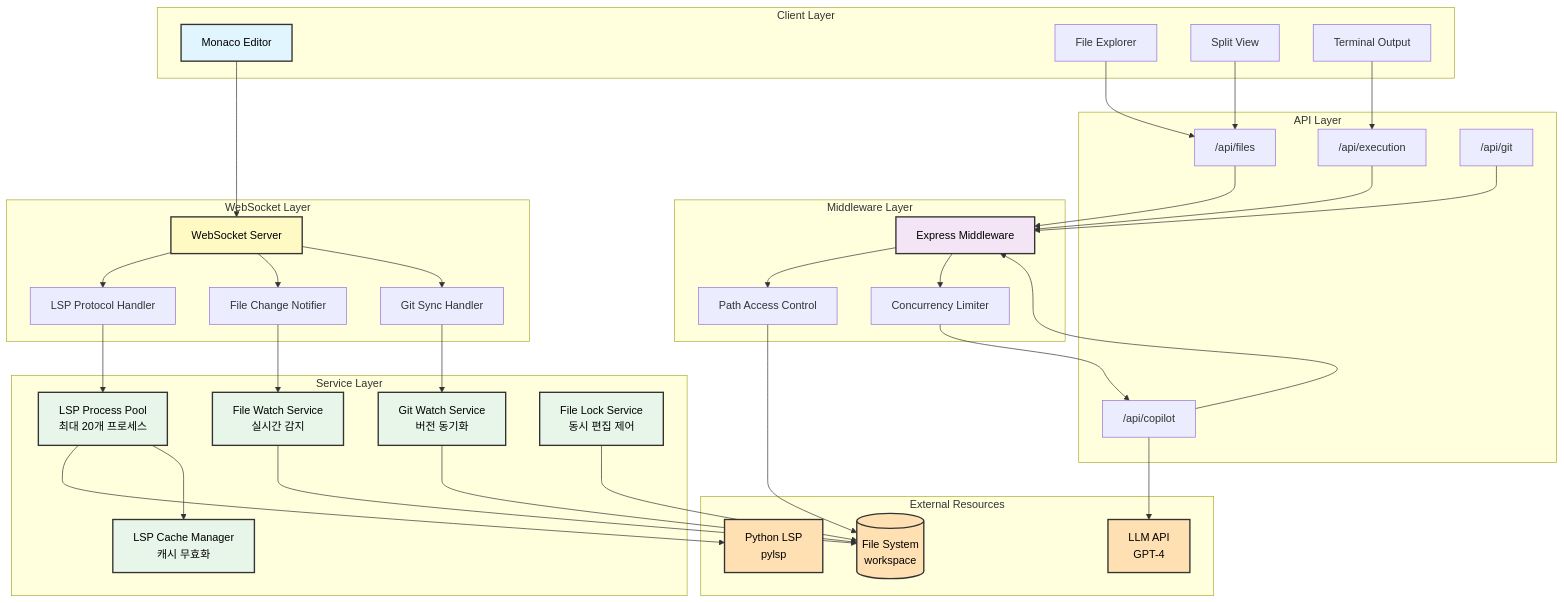
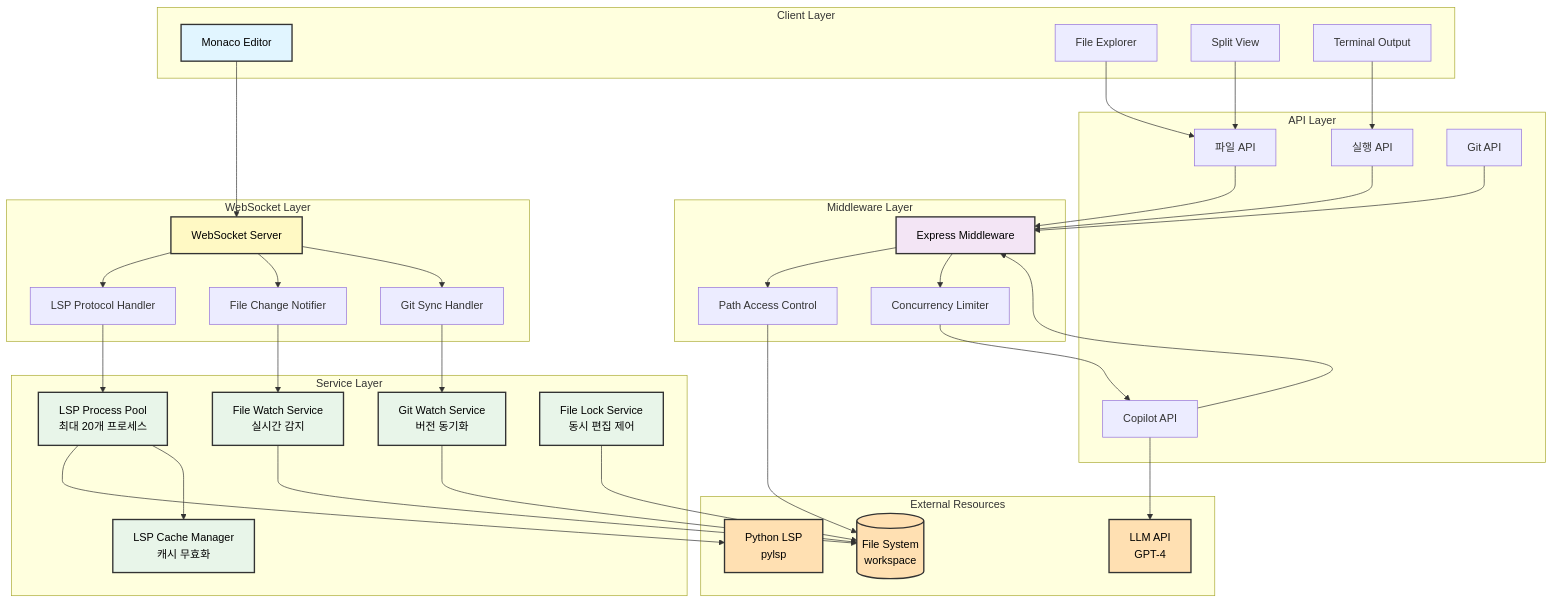
Before and after one commit to comsa33/porfolio-site: the diagram in public/architecture/pyeditor/system-architecture.mmd, drawn with Mermaid. The commit also changed 14 other files, not shown here.

First line of the commit message:
feat: harness architecture diagrams; strip internal API paths from diagrams

```diff
--- a/public/architecture/pyeditor/system-architecture.mmd
+++ b/public/architecture/pyeditor/system-architecture.mmd
@@ -1,85 +1,85 @@
 graph TB
     subgraph "Client Layer"
         A[Monaco Editor]
         A1[File Explorer]
         A2[Split View]
         A3[Terminal Output]
     end
     
     subgraph "WebSocket Layer"
         B[WebSocket Server]
         B1[LSP Protocol Handler]
         B2[File Change Notifier]
         B3[Git Sync Handler]
     end
     
     subgraph "Middleware Layer"
         C[Express Middleware]
         C1[Path Access Control]
         C2[Concurrency Limiter]
     end
     
     subgraph "Service Layer"
         D1[LSP Process Pool<br/>최대 20개 프로세스]
         D2[File Watch Service<br/>실시간 감지]
         D3[Git Watch Service<br/>버전 동기화]
         D4[File Lock Service<br/>동시 편집 제어]
         D5[LSP Cache Manager<br/>캐시 무효화]
     end
     
     subgraph "API Layer"
-        E1["/api/files"]
-        E2["/api/execution"]
-        E3["/api/git"]
-        E4["/api/copilot"]
+        E1["파일 API"]
+        E2["실행 API"]
+        E3["Git API"]
+        E4["Copilot API"]
     end
     
     subgraph "External Resources"
         F1[(File System<br/>workspace)]
         F2[Python LSP<br/>pylsp]
         F3[LLM API<br/>GPT-4]
     end
     
     A --> B
     A1 --> E1
     A2 --> E1
     A3 --> E2
     
     B --> B1
     B --> B2
     B --> B3
     
     B1 --> D1
     B2 --> D2
     B3 --> D3
     
     E1 --> C
     E2 --> C
     E3 --> C
     E4 --> C
     
     C --> C1
     C --> C2
     
     C1 --> F1
     C2 --> E4
     
     D1 --> F2
     D1 --> D5
     D2 --> F1
     D3 --> F1
     D4 --> F1
     
     E4 --> F3
     
     style A fill:#e1f5ff,stroke:#333,stroke-width:2px,color:#000
     style B fill:#fff9c4,stroke:#333,stroke-width:2px,color:#000
     style C fill:#f3e5f5,stroke:#333,stroke-width:2px,color:#000
     style D1 fill:#e8f5e9,stroke:#333,stroke-width:2px,color:#000
     style D2 fill:#e8f5e9,stroke:#333,stroke-width:2px,color:#000
     style D3 fill:#e8f5e9,stroke:#333,stroke-width:2px,color:#000
     style D4 fill:#e8f5e9,stroke:#333,stroke-width:2px,color:#000
     style D5 fill:#e8f5e9,stroke:#333,stroke-width:2px,color:#000
     style F1 fill:#ffe0b2,stroke:#333,stroke-width:2px,color:#000
     style F2 fill:#ffe0b2,stroke:#333,stroke-width:2px,color:#000
     style F3 fill:#ffe0b2,stroke:#333,stroke-width:2px,color:#000
```
